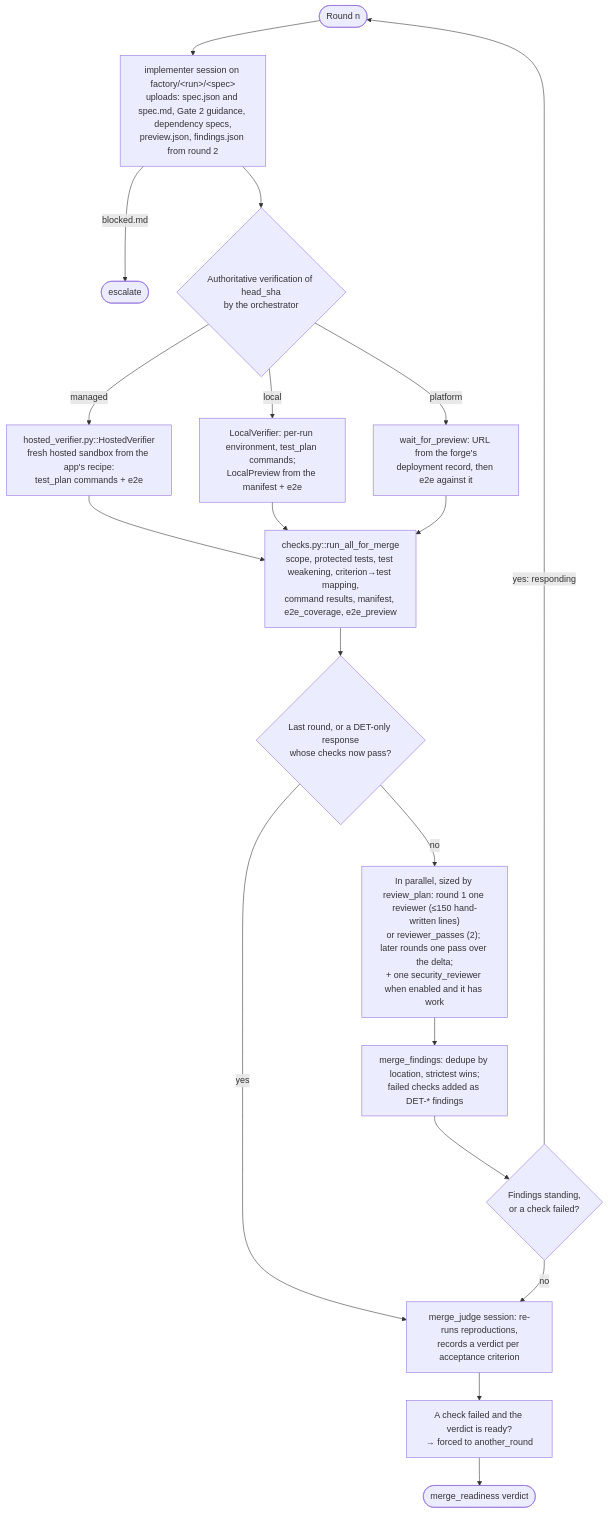
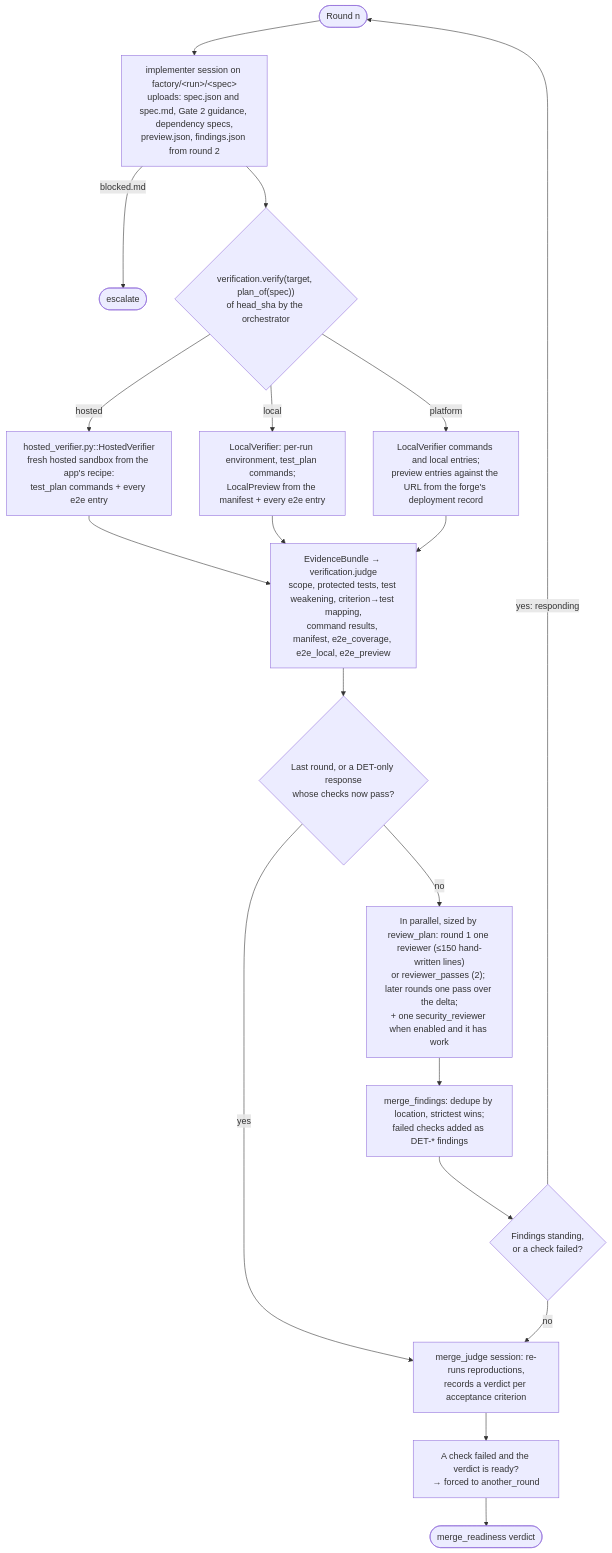
Before and after one commit to willtech3/factory_agents: the second of 2 diagrams in docs/01-pipeline.md, drawn with Mermaid. The commit also changed other lines of this file and 28 other files, not shown here.

````diff
--- a/docs/01-pipeline.md
+++ b/docs/01-pipeline.md
@@ -84,21 +84,21 @@
 ```mermaid
 flowchart TD
   r0(["Round n"]) --> imp["implementer session on factory/&lt;run&gt;/&lt;spec&gt;<br/>uploads: spec.json and spec.md, Gate 2 guidance, dependency specs,<br/>preview.json, findings.json from round 2"]
   imp -- "blocked.md" --> blk(["escalate"])
-  imp --> ver{"Authoritative verification of head_sha<br/>by the orchestrator"}
-  ver -- "managed" --> hv["hosted_verifier.py::HostedVerifier<br/>fresh hosted sandbox from the app's recipe:<br/>test_plan commands + e2e"]
-  ver -- "local" --> lv["LocalVerifier: per-run environment, test_plan commands;<br/>LocalPreview from the manifest + e2e"]
-  ver -- "platform" --> pv["wait_for_preview: URL from the forge's<br/>deployment record, then e2e against it"]
+  imp --> ver{"verification.verify(target, plan_of(spec))<br/>of head_sha by the orchestrator"}
+  ver -- "hosted" --> hv["hosted_verifier.py::HostedVerifier<br/>fresh hosted sandbox from the app's recipe:<br/>test_plan commands + every e2e entry"]
+  ver -- "local" --> lv["LocalVerifier: per-run environment, test_plan commands;<br/>LocalPreview from the manifest + every e2e entry"]
+  ver -- "platform" --> pv["LocalVerifier commands and local entries;<br/>preview entries against the URL from the forge's deployment record"]
   hv --> det
   lv --> det
   pv --> det
-  det["checks.py::run_all_for_merge<br/>scope, protected tests, test weakening, criterion→test mapping,<br/>command results, manifest, e2e_coverage, e2e_preview"] --> last{"Last round, or a DET-only response<br/>whose checks now pass?"}
+  det["EvidenceBundle → verification.judge<br/>scope, protected tests, test weakening, criterion→test mapping,<br/>command results, manifest, e2e_coverage, e2e_local, e2e_preview"] --> last{"Last round, or a DET-only response<br/>whose checks now pass?"}
   last -- "yes" --> judge
   last -- "no" --> rev["In parallel, sized by review_plan: round 1 one reviewer (≤150 hand-written lines)<br/>or reviewer_passes (2); later rounds one pass over the delta;<br/>+ one security_reviewer when enabled and it has work"]
   rev --> merge["merge_findings: dedupe by location, strictest wins;<br/>failed checks added as DET-* findings"]
   merge --> stand{"Findings standing,<br/>or a check failed?"}
   stand -- "no" --> judge
   stand -- "yes: responding" --> r0
   judge["merge_judge session: re-runs reproductions,<br/>records a verdict per acceptance criterion"] --> force["A check failed and the verdict is ready?<br/>→ forced to another_round"]
   force --> out(["merge_readiness verdict"])
 ```
````
